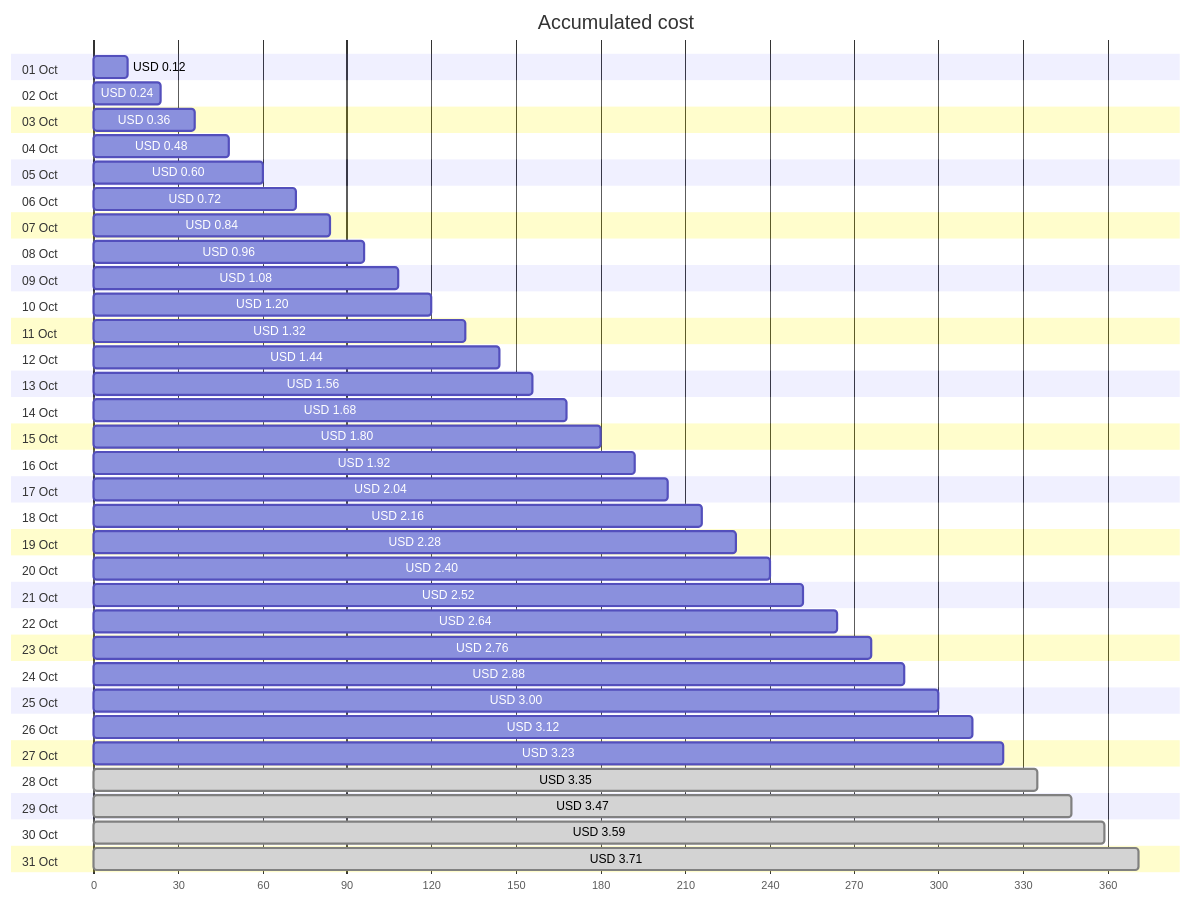
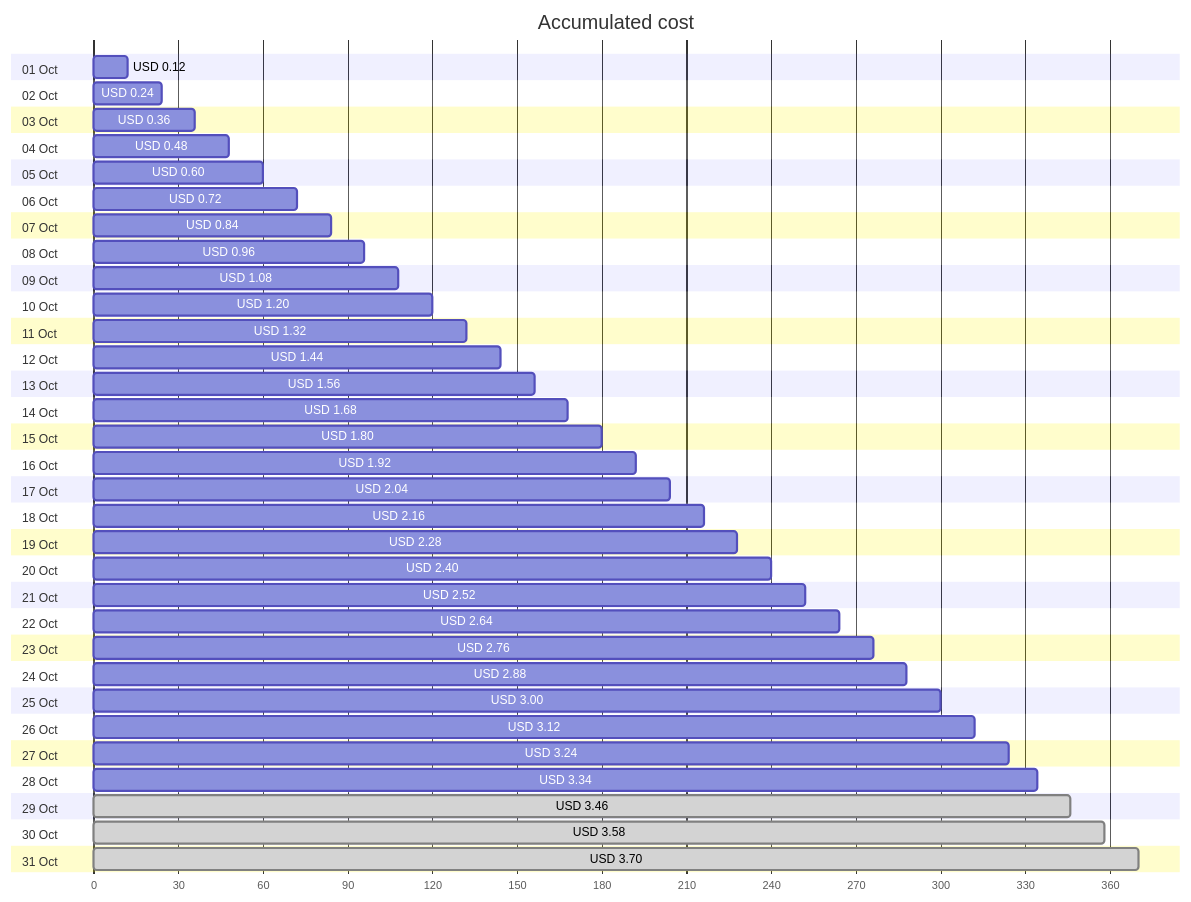
Before and after one commit to jpfulton/azure-personal-reports: the first of 4 diagrams in cost-reports/personal-network/backup-server-public-ip.md, drawn with Mermaid. The commit also changed other lines of this file and 8 other files, not shown here.

````diff
--- a/cost-reports/personal-network/backup-server-public-ip.md
+++ b/cost-reports/personal-network/backup-server-public-ip.md
@@ -20,68 +20,68 @@
 ```mermaid
 gantt
    title Accumulated cost
    dateFormat  X
    axisFormat %s
    section 01 Oct
    USD 0.12 :0, 12
    section 02 Oct
    USD 0.24 :0, 24
    section 03 Oct
    USD 0.36 :0, 36
    section 04 Oct
    USD 0.48 :0, 48
    section 05 Oct
    USD 0.60 :0, 60
    section 06 Oct
    USD 0.72 :0, 72
    section 07 Oct
    USD 0.84 :0, 84
    section 08 Oct
    USD 0.96 :0, 96
    section 09 Oct
    USD 1.08 :0, 108
    section 10 Oct
    USD 1.20 :0, 120
    section 11 Oct
    USD 1.32 :0, 132
    section 12 Oct
    USD 1.44 :0, 144
    section 13 Oct
    USD 1.56 :0, 156
    section 14 Oct
    USD 1.68 :0, 168
    section 15 Oct
    USD 1.80 :0, 180
    section 16 Oct
    USD 1.92 :0, 192
    section 17 Oct
    USD 2.04 :0, 204
    section 18 Oct
    USD 2.16 :0, 216
    section 19 Oct
    USD 2.28 :0, 228
    section 20 Oct
    USD 2.40 :0, 240
    section 21 Oct
    USD 2.52 :0, 252
    section 22 Oct
    USD 2.64 :0, 264
    section 23 Oct
    USD 2.76 :0, 276
    section 24 Oct
    USD 2.88 :0, 288
    section 25 Oct
    USD 3.00 :0, 300
    section 26 Oct
    USD 3.12 :0, 312
    section 27 Oct
-   USD 3.23 :0, 323
+   USD 3.24 :0, 324
    section 28 Oct
-   USD 3.35 : done, 0, 335
+   USD 3.34 :0, 334
    section 29 Oct
-   USD 3.47 : done, 0, 347
+   USD 3.46 : done, 0, 346
    section 30 Oct
-   USD 3.59 : done, 0, 359
+   USD 3.58 : done, 0, 358
    section 31 Oct
-   USD 3.71 : done, 0, 371
+   USD 3.70 : done, 0, 370
 ```
````
